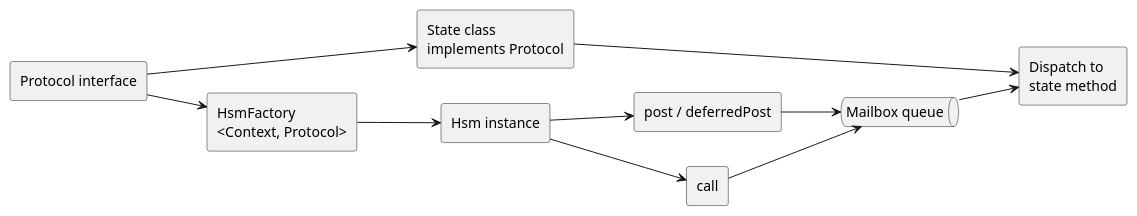
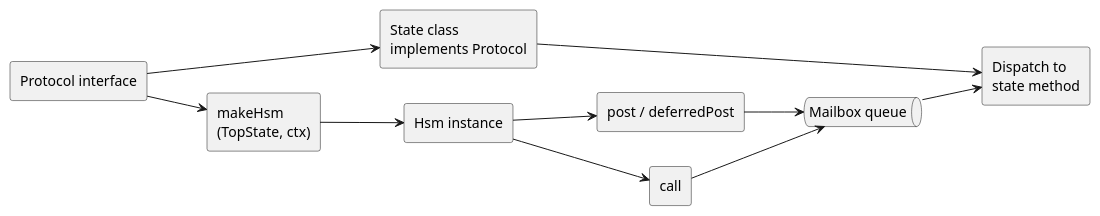
Before and after one commit to filasieno/ihsm: the diagram in docs/REFERENCE.md, drawn with PlantUML. The commit also changed other lines of this file and 183 other files, not shown here.

First line of the commit message:
release: v0.0.18 with makeHsm, then(), postNow(), and Docusaurus docs

````diff
--- a/docs/REFERENCE.md
+++ b/docs/REFERENCE.md
@@ -575,22 +605,22 @@
 ```plantuml
 @startuml
 left to right direction
 rectangle "Protocol interface" as P
 rectangle "State class\nimplements Protocol" as S
-rectangle "HsmFactory\n<Context, Protocol>" as F
+rectangle "makeHsm\n(TopState, ctx)" as F
 rectangle "Hsm instance" as H
 rectangle "post / deferredPost" as post
 rectangle "call" as call
 queue "Mailbox queue" as Q
 rectangle "Dispatch to\nstate method" as D
 P --> S
 P --> F
 F --> H
 H --> post
 H --> call
 post --> Q
 call --> Q
 Q --> D
 S --> D
 @enduml
 ```
````
